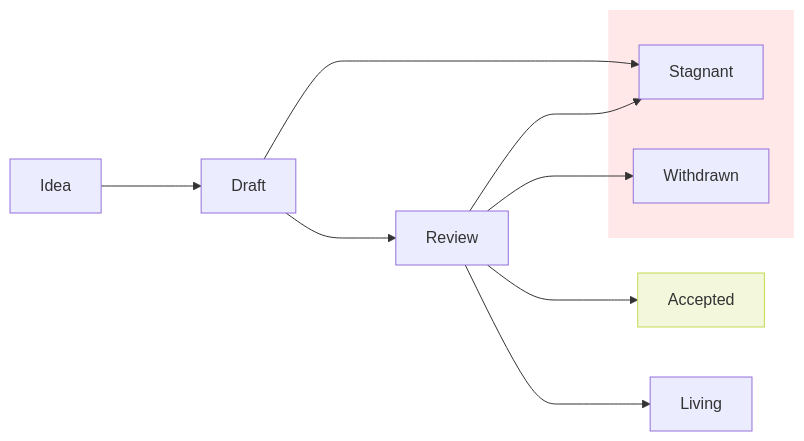
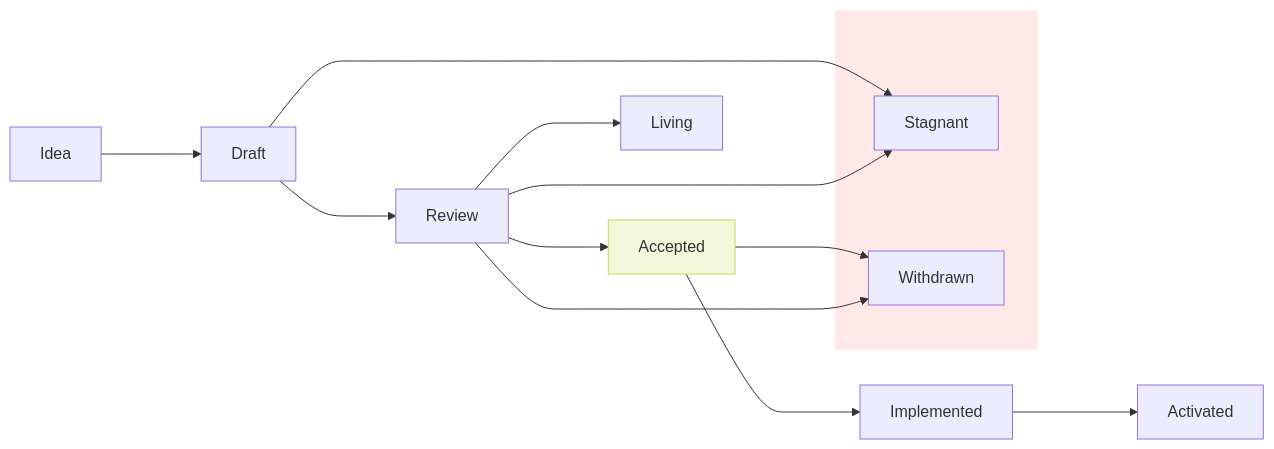
Before and after one commit to solana-foundation/solana-improvement-documents: the diagram in proposals/0001-simd-process.md, drawn with Mermaid. The commit also changed other lines of this file and 2 other files, not shown here.

````diff
--- a/proposals/0001-simd-process.md
+++ b/proposals/0001-simd-process.md
@@ -87,24 +89,27 @@
 ```mermaid
 flowchart LR
   Idea
   Draft
   Review
   Accepted
 
   subgraph fail[&nbsp];
     Stagnant
     Withdrawn
   end
 
   style fail fill:#ffe8e7,stroke:none
   style Accepted fill:#f3f8dc,stroke:#c3db50;
 
   Idea ---> Draft;
   Draft ---> Review;
   Review ---> Accepted;
+  Accepted ---> Implemented;
+  Implemented ---> Activated;
   Review ---> Living;
+  Accepted ---> Withdrawn;
 
   Draft ---> Stagnant;
   Review ---> Stagnant;
   Review ---> Withdrawn;
 ```
````
